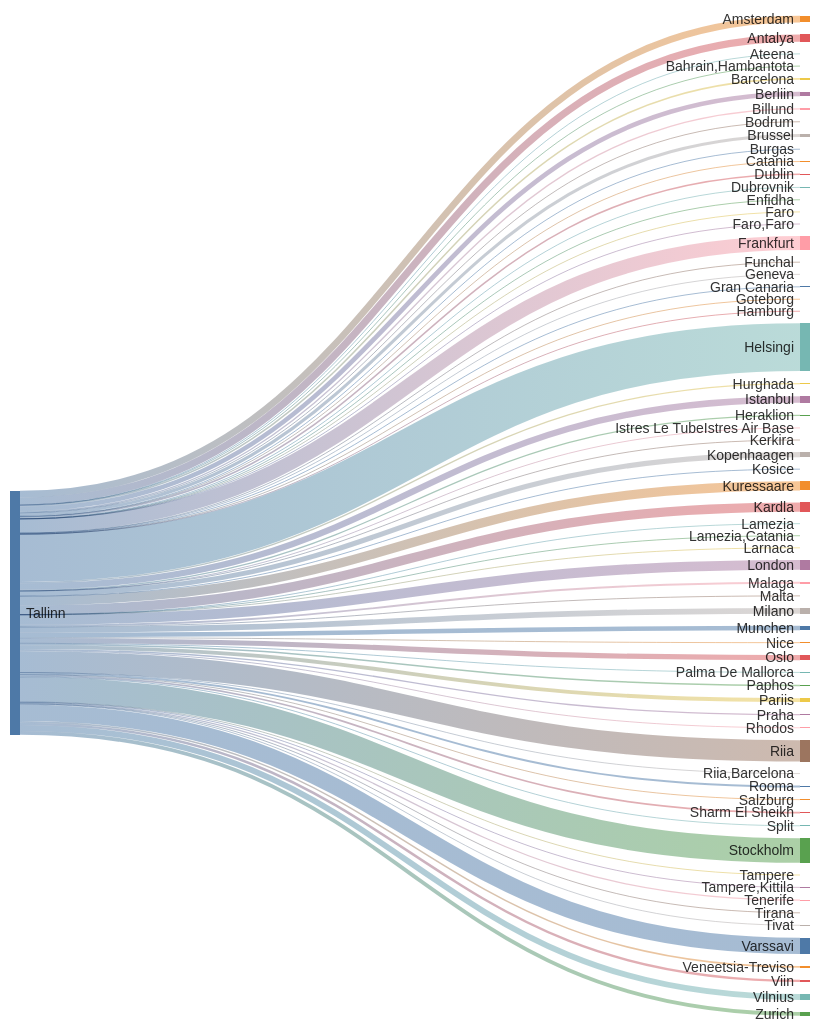
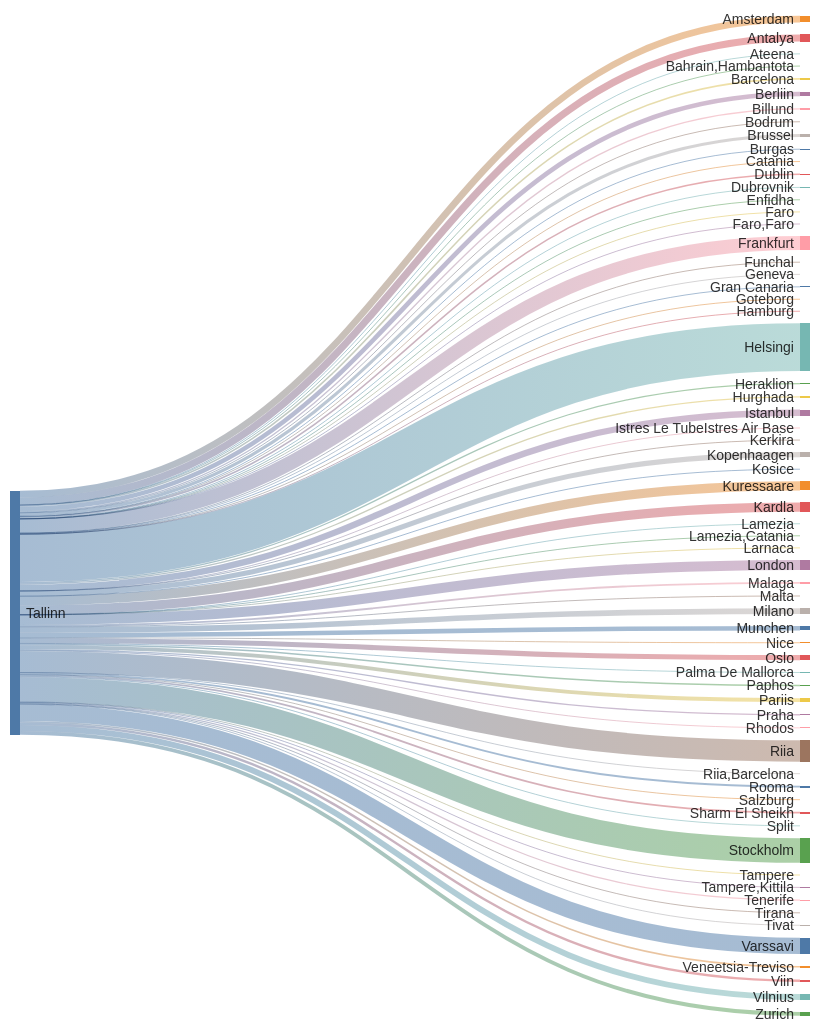
The second of 2 diagrams in README.md (rainermesi/tll-airport-departures), drawn with Mermaid before and after one commit. The commit also changed other lines of this file, not shown here.

````diff
--- a/README.md
+++ b/README.md
@@ -34,77 +34,77 @@
 ```mermaid
 ---
 config:
   sankey:
     showValues: false
     width: 800
     height: 1000
 ---
 sankey-beta
 %% source,target,value
-Tallinn,Amsterdam,246
+Tallinn,Amsterdam,248
 Tallinn,Antalya,268
 Tallinn,Ateena,16
 Tallinn,"Bahrain,Hambantota",1
-Tallinn,Barcelona,57
+Tallinn,Barcelona,59
 Tallinn,Berliin,173
 Tallinn,Billund,49
 Tallinn,Bodrum,11
-Tallinn,Brussel,112
+Tallinn,Brussel,113
 Tallinn,Burgas,21
 Tallinn,Catania,2
 Tallinn,Dublin,58
 Tallinn,Dubrovnik,21
 Tallinn,Enfidha,7
 Tallinn,Faro,4
 Tallinn,"Faro,Faro",1
-Tallinn,Frankfurt,523
+Tallinn,Frankfurt,526
 Tallinn,Funchal,5
 Tallinn,Geneva,8
 Tallinn,Gran Canaria,28
 Tallinn,Goteborg,1
 Tallinn,Hamburg,1
-Tallinn,Helsingi,1773
+Tallinn,Helsingi,1782
 Tallinn,Heraklion,46
-Tallinn,Hurghada,48
-Tallinn,Istanbul,235
+Tallinn,Hurghada,49
+Tallinn,Istanbul,236
 Tallinn,Istres Le TubeIstres Air Base,2
 Tallinn,Kerkira,4
-Tallinn,Kopenhaagen,189
+Tallinn,Kopenhaagen,190
 Tallinn,Kosice,1
-Tallinn,Kuressaare,343
-Tallinn,Kardla,343
+Tallinn,Kuressaare,345
+Tallinn,Kardla,345
 Tallinn,Lamezia,1
 Tallinn,"Lamezia,Catania",3
 Tallinn,Larnaca,4
-Tallinn,London,369
-Tallinn,Malaga,69
+Tallinn,London,371
+Tallinn,Malaga,70
 Tallinn,Malta,15
-Tallinn,Milano,211
+Tallinn,Milano,212
 Tallinn,Munchen,169
 Tallinn,Nice,25
-Tallinn,Oslo,191
+Tallinn,Oslo,192
 Tallinn,Palma De Mallorca,19
 Tallinn,Paphos,56
-Tallinn,Pariis,143
+Tallinn,Pariis,144
 Tallinn,Praha,49
 Tallinn,Rhodos,32
-Tallinn,Riia,793
+Tallinn,Riia,797
 Tallinn,"Riia,Barcelona",1
 Tallinn,Rooma,70
 Tallinn,Salzburg,9
 Tallinn,Sharm El Sheikh,64
 Tallinn,Split,25
-Tallinn,Stockholm,915
+Tallinn,Stockholm,917
 Tallinn,Tampere,17
 Tallinn,"Tampere,Kittila",12
 Tallinn,Tenerife,43
 Tallinn,Tirana,8
 Tallinn,Tivat,26
-Tallinn,Varssavi,611
+Tallinn,Varssavi,613
 Tallinn,Veneetsia-Treviso,57
 Tallinn,Viin,91
-Tallinn,Vilnius,216
-Tallinn,Zurich,143
+Tallinn,Vilnius,218
+Tallinn,Zurich,144
 
 
 ```
````
